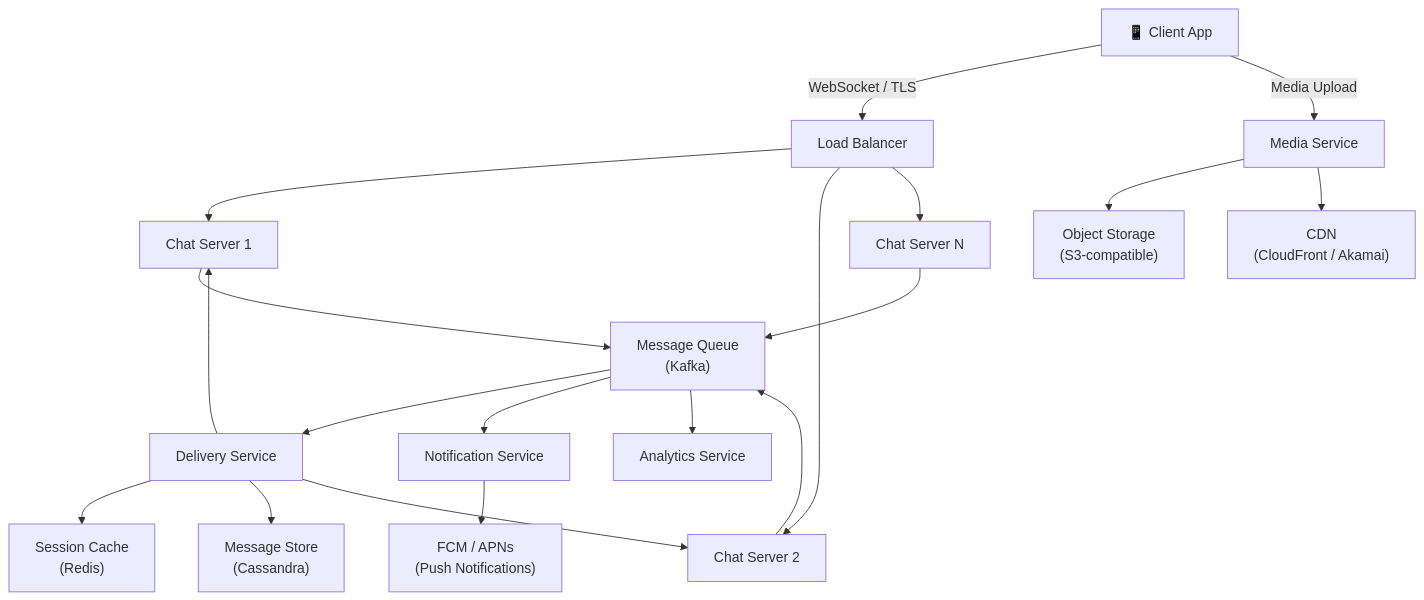
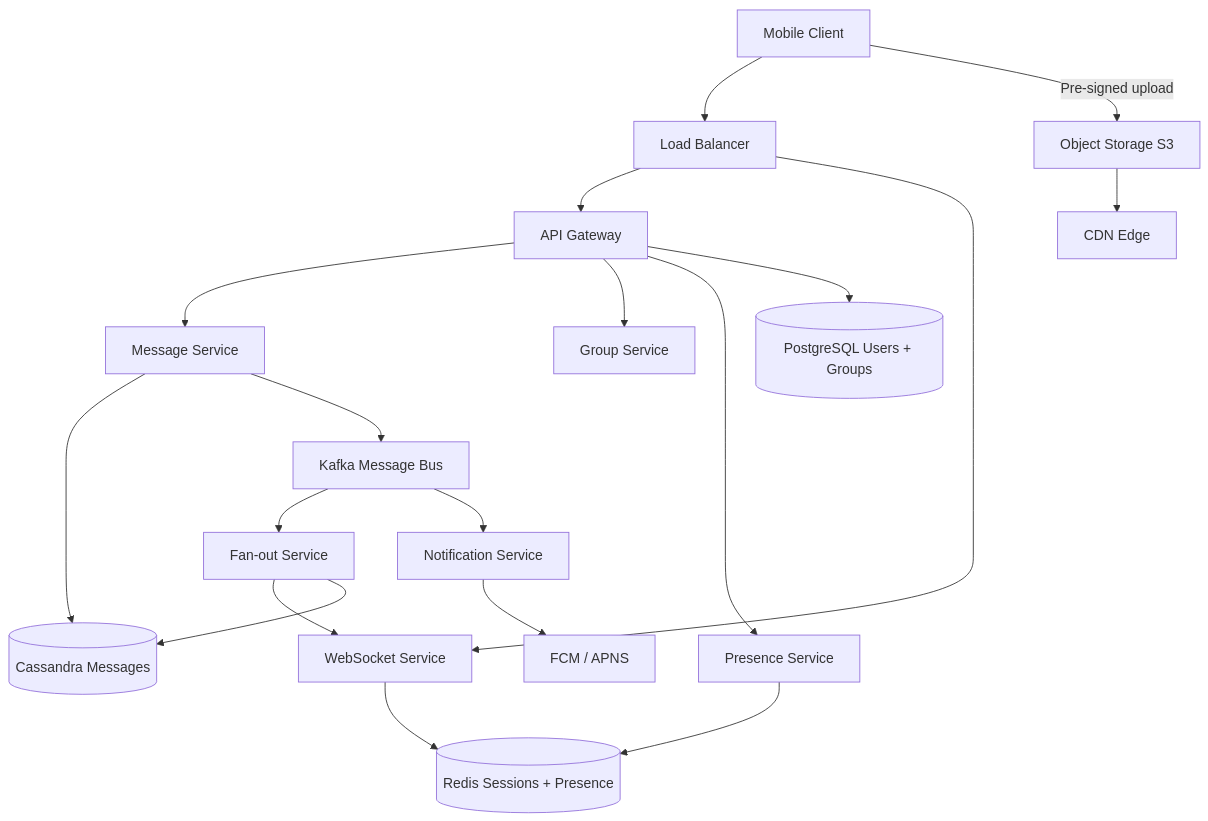
Before and after one commit to deepjyoti-dj7/JustDoIT: the first of 7 diagrams in docs/system-design/hld/real-world-systems/whatsapp.md, drawn with Mermaid. The commit also changed other lines of this file and 8 other files, not shown here.

````diff
--- a/docs/system-design/hld/real-world-systems/whatsapp.md
+++ b/docs/system-design/hld/real-world-systems/whatsapp.md
@@ -103,26 +309,21 @@
 ```mermaid
-graph TB
-    Client["📱 Client App"] -->|WebSocket / TLS| LB["Load Balancer"]
-    LB --> CS1["Chat Server 1"]
-    LB --> CS2["Chat Server 2"]
-    LB --> CS3["Chat Server N"]
-
-    CS1 --> MQ["Message Queue\n(Kafka)"]
-    CS2 --> MQ
-    CS3 --> MQ
-
-    MQ --> DS["Delivery Service"]
-    MQ --> NS["Notification Service"]
-    MQ --> AS["Analytics Service"]
-
-    DS --> Cache["Session Cache\n(Redis)"]
-    DS --> MsgDB["Message Store\n(Cassandra)"]
-    DS --> CS1
-    DS --> CS2
-
-    NS --> FCM["FCM / APNs\n(Push Notifications)"]
-
-    Client -->|Media Upload| MediaSvc["Media Service"]
-    MediaSvc --> ObjStore["Object Storage\n(S3-compatible)"]
-    MediaSvc --> CDN["CDN\n(CloudFront / Akamai)"]
+flowchart TD
+    Client[Mobile Client] --> LB[Load Balancer]
+    LB --> AG[API Gateway]
+    LB --> WS[WebSocket Service]
+    AG --> MS[Message Service]
+    AG --> GS[Group Service]
+    AG --> PS[Presence Service]
+    MS --> Cass[(Cassandra Messages)]
+    MS --> Kafka[Kafka Message Bus]
+    Kafka --> FO[Fan-out Service]
+    Kafka --> NS[Notification Service]
+    FO --> WS
+    FO --> Cass
+    WS --> Redis[(Redis Sessions + Presence)]
+    PS --> Redis
+    NS --> Push[FCM / APNS]
+    Client -->|Pre-signed upload| S3[Object Storage S3]
+    S3 --> CDN[CDN Edge]
+    AG --> PG[(PostgreSQL Users + Groups)]
 ```
````
